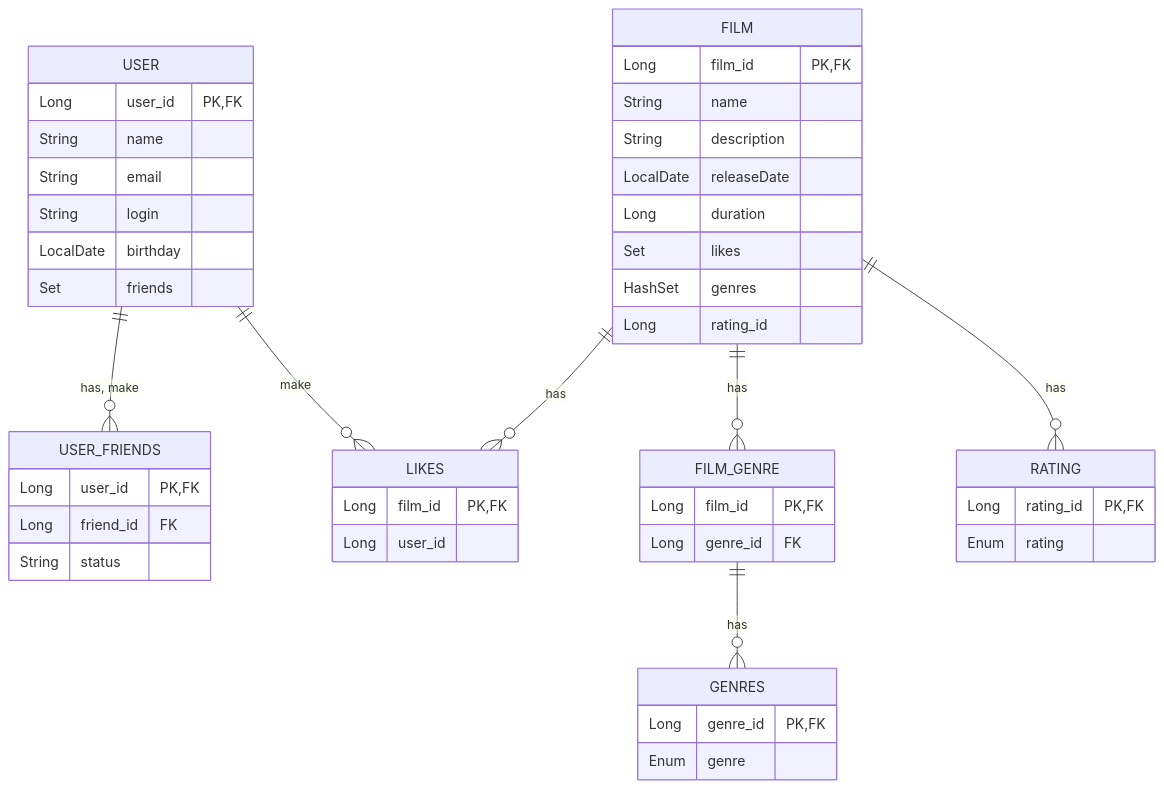
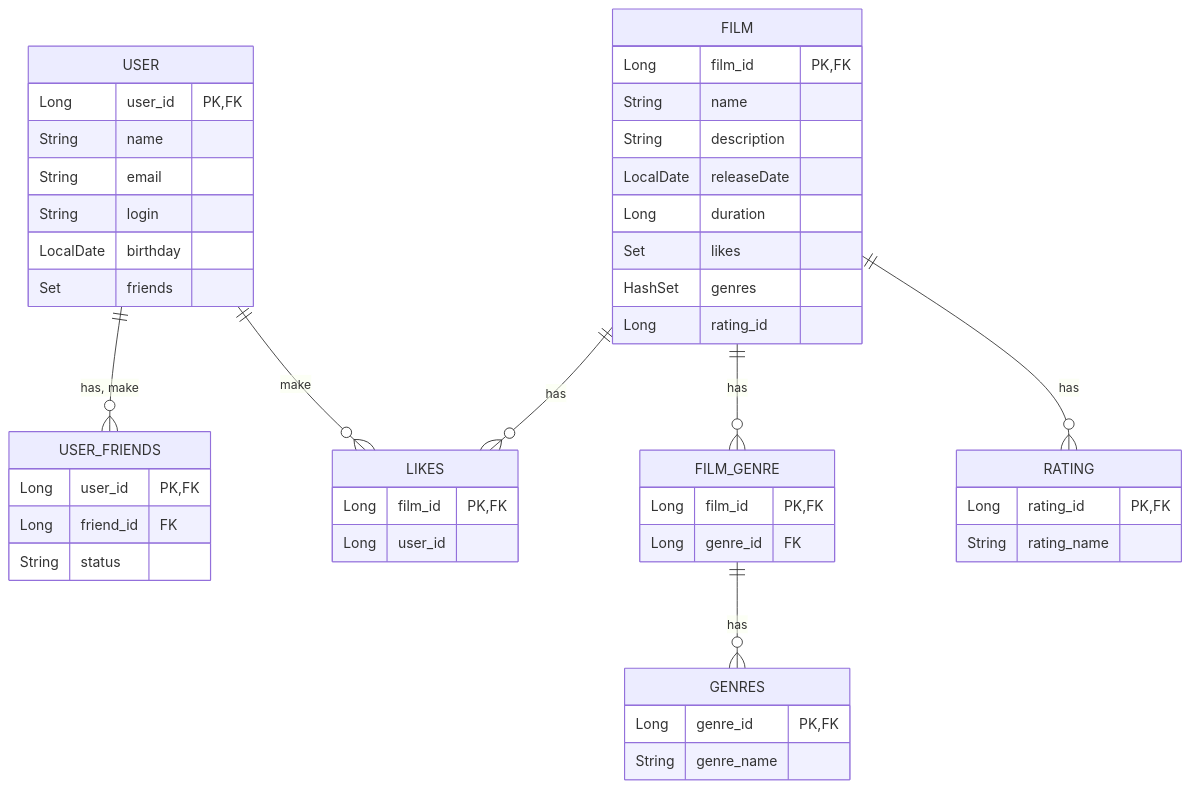
The diagram in README.md (VolchenkoP/java-filmorate), drawn with Mermaid before and after one commit.

Commit message:
поправить диаграмму 14

````diff
--- a/README.md
+++ b/README.md
@@ -7,48 +7,48 @@
 ```mermaid
 erDiagram
     USER || --o{ USER_FRIENDS : "has, make"
     USER || --o{ LIKES : make
     USER {
     Long user_id PK, FK
     String name
     String email
     String login
     LocalDate birthday
     Set friends
     }
     USER_FRIENDS {
     Long user_id PK, FK
     Long friend_id FK
     String status
     }
     FILM || --o{ FILM_GENRE : has
     FILM || --o{ LIKES : has
     FILM || --o{ RATING : has
     FILM {
     Long film_id PK, FK
     String name
     String description
     LocalDate releaseDate
     Long duration
     Set likes
     HashSet genres
     Long rating_id
     }
     FILM_GENRE || --o{ GENRES : has
     FILM_GENRE {
     Long film_id PK, FK
     Long genre_id FK
     }
     GENRES {
     Long genre_id PK, FK
-    Enum genre
+    String genre_name
     }
     RATING {
     Long rating_id PK, FK
-    Enum rating
+    String rating_name
     }
     LIKES {
     Long film_id PK, FK
     Long user_id
     }
 ```
````
